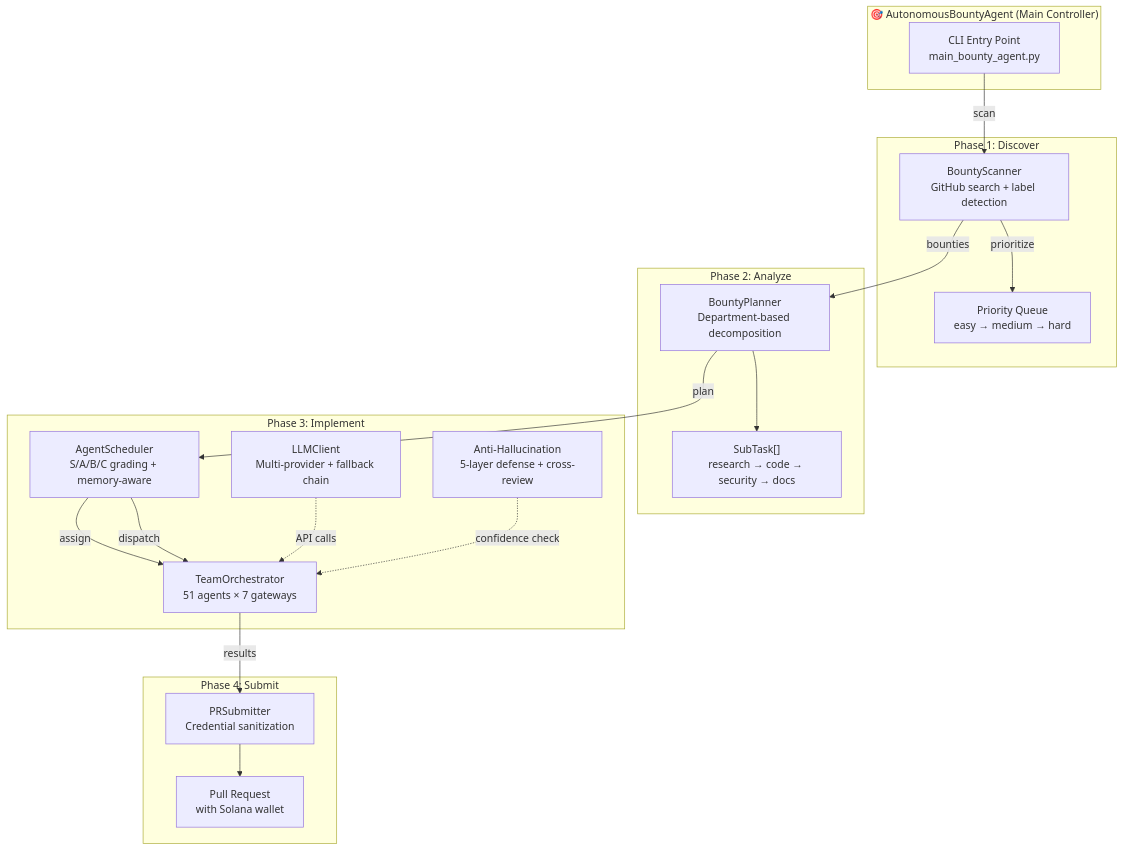
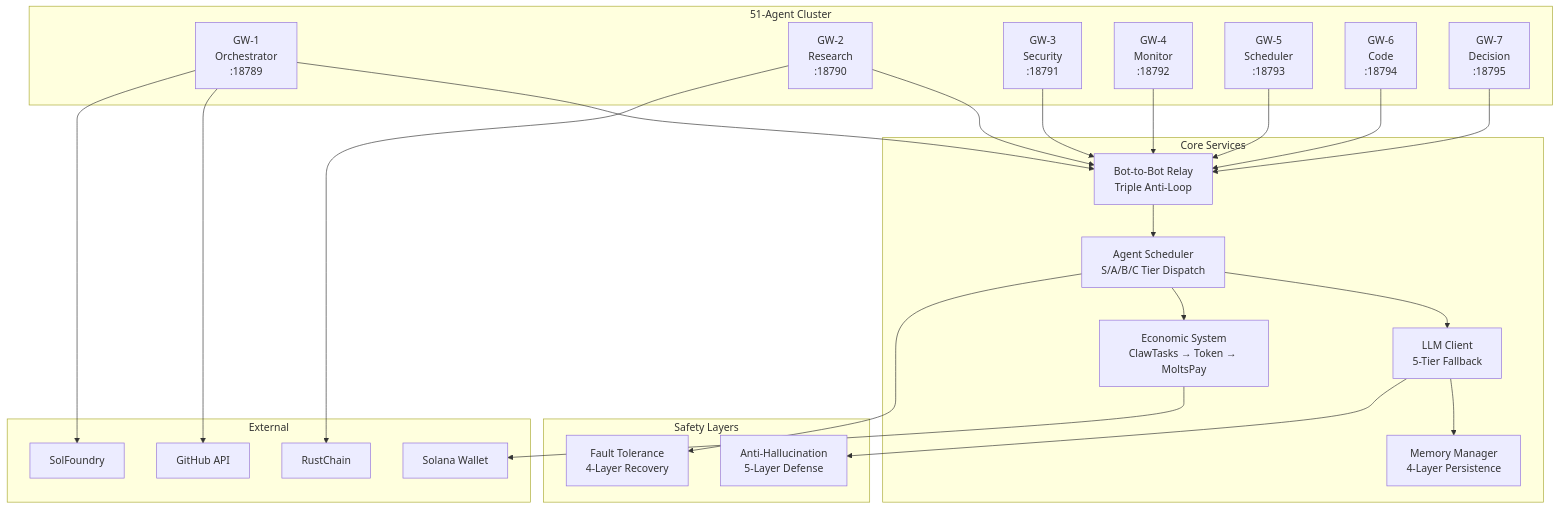
The first of 4 diagrams in bounty_agent/ARCHITECTURE.md (SolFoundry/solfoundry), drawn with Mermaid before and after one commit. The commit also changed other lines of this file, not shown here.

Commit message:
Add Mermaid architecture diagrams (system overview, pipeline, economic, LLM fallback) - Xeophon

````diff
--- a/bounty_agent/ARCHITECTURE.md
+++ b/bounty_agent/ARCHITECTURE.md
@@ -5,36 +125,44 @@
 ```mermaid
 graph TB
-    subgraph Controller["🎯 AutonomousBountyAgent (Main Controller)"]
-        CLI["CLI Entry Point<br/>main_bounty_agent.py"]
+    subgraph "51-Agent Cluster"
+        GW1["GW-1<br/>Orchestrator<br/>:18789"]
+        GW2["GW-2<br/>Research<br/>:18790"]
+        GW3["GW-3<br/>Security<br/>:18791"]
+        GW4["GW-4<br/>Monitor<br/>:18792"]
+        GW5["GW-5<br/>Scheduler<br/>:18793"]
+        GW6["GW-6<br/>Code<br/>:18794"]
+        GW7["GW-7<br/>Decision<br/>:18795"]
     end
 
-    subgraph Phase1["Phase 1: Discover"]
-        Scanner["BountyScanner<br/>GitHub search + label detection"]
-        Scanner -->|prioritize| Queue["Priority Queue<br/>easy → medium → hard"]
+    subgraph "Core Services"
+        SCHED["Agent Scheduler<br/>S/A/B/C Tier Dispatch"]
+        ECON["Economic System<br/>ClawTasks → Token → MoltsPay"]
+        RELAY["Bot-to-Bot Relay<br/>Triple Anti-Loop"]
+        LLM["LLM Client<br/>5-Tier Fallback"]
+        MEM["Memory Manager<br/>4-Layer Persistence"]
     end
 
-    subgraph Phase2["Phase 2: Analyze"]
-        Planner["BountyPlanner<br/>Department-based decomposition"]
-        Planner --> Subtasks["SubTask[]<br/>research → code → security → docs"]
+    subgraph "Safety Layers"
+        AH["Anti-Hallucination<br/>5-Layer Defense"]
+        FT["Fault Tolerance<br/>4-Layer Recovery"]
     end
 
-    subgraph Phase3["Phase 3: Implement"]
-        Scheduler["AgentScheduler<br/>S/A/B/C grading + memory-aware"]
-        Scheduler -->|assign| Orchestrator["TeamOrchestrator<br/>51 agents × 7 gateways"]
-        LLM["LLMClient<br/>Multi-provider + fallback chain"]
-        AntiHalluc["Anti-Hallucination<br/>5-layer defense + cross-review"]
+    subgraph "External"
+        GH["GitHub API"]
+        SF["SolFoundry"]
+        RC["RustChain"]
+        SOL["Solana Wallet"]
     end
 
-    subgraph Phase4["Phase 4: Submit"]
-        Submitter["PRSubmitter<br/>Credential sanitization"]
-        Submitter --> PR["Pull Request<br/>with Solana wallet"]
-    end
-
-    CLI -->|scan| Scanner
-    Scanner -->|bounties| Planner
-    Planner -->|plan| Scheduler
-    Scheduler -->|dispatch| Orchestrator
-    Orchestrator -->|results| Submitter
-    LLM -.->|API calls| Orchestrator
-    AntiHalluc -.->|confidence check| Orchestrator
+    GW1 & GW2 & GW3 & GW4 & GW5 & GW6 & GW7 --> RELAY
+    RELAY --> SCHED
+    SCHED --> LLM
+    LLM --> MEM
+    SCHED --> ECON
+    ECON --> SOL
+    LLM --> AH
+    SCHED --> FT
+    GW1 --> GH
+    GW1 --> SF
+    GW2 --> RC
 ```
````
